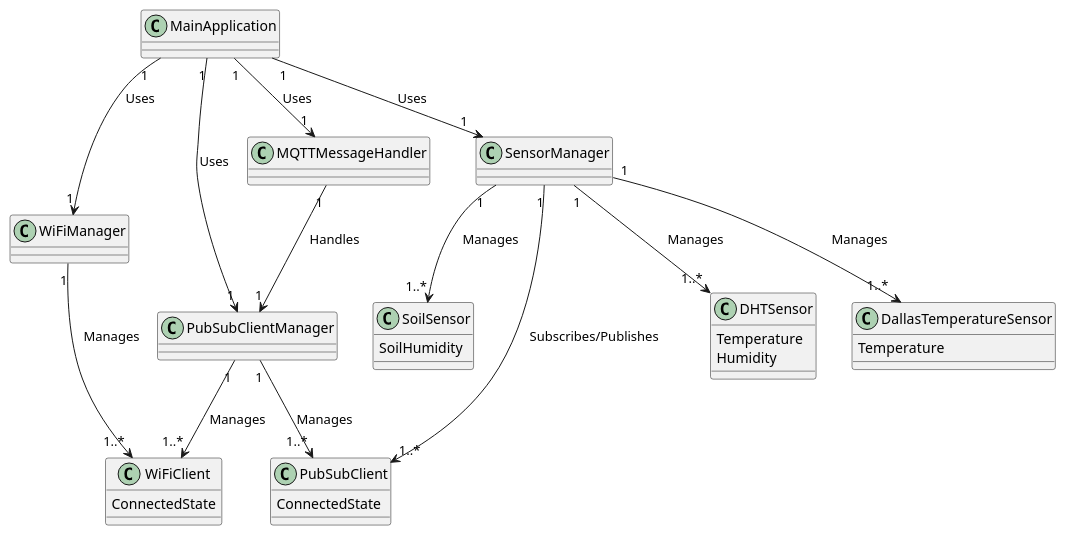
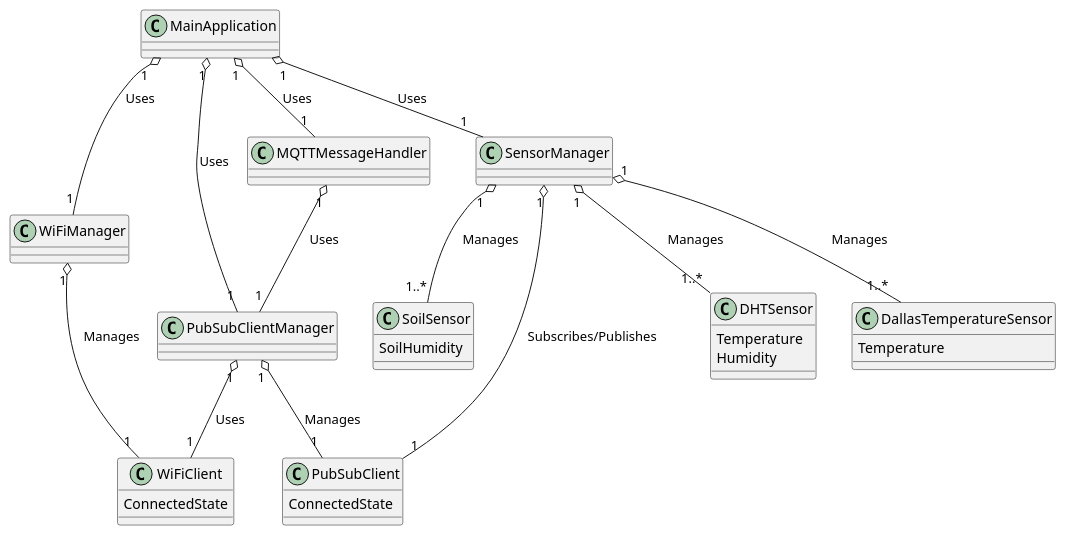
Before and after one commit to doemefu/Terra1: the diagram in documentation/DomainModelObject.puml, drawn with PlantUML.

Commit message:
Terra1 #5 Restructure Code
Final Version of DomainModelObject.puml

```diff
--- a/documentation/DomainModelObject.puml
+++ b/documentation/DomainModelObject.puml
@@ -1,52 +1,52 @@
 @startuml
 
 class WiFiManager {
 }
 
 class PubSubClientManager {
 }
 
 class SensorManager {
 }
 
 class MQTTMessageHandler {
 }
 
 class MainApplication {
 }
 
 class WiFiClient {
     ConnectedState
 }
 
 class PubSubClient {
     ConnectedState
 }
 
 class DHTSensor {
     Temperature
     Humidity
 }
 
 class DallasTemperatureSensor {
     Temperature
 }
 
 class SoilSensor {
     SoilHumidity
 }
 
-WiFiManager "1" --> "1..*" WiFiClient : Manages
-PubSubClientManager "1" --> "1..*" WiFiClient : Manages
-PubSubClientManager "1" --> "1..*" PubSubClient : Manages
-SensorManager "1" --> "1..*" DHTSensor : Manages
-SensorManager "1" --> "1..*" DallasTemperatureSensor : Manages
-SensorManager "1" --> "1..*" SoilSensor : Manages
-SensorManager "1" --> "1..*" PubSubClient : Subscribes/Publishes
-MQTTMessageHandler "1" --> "1" PubSubClientManager : Handles
-MainApplication "1" --> "1" WiFiManager : Uses
-MainApplication "1" --> "1" PubSubClientManager : Uses
-MainApplication "1" --> "1" SensorManager : Uses
-MainApplication "1" --> "1" MQTTMessageHandler : Uses
+WiFiManager "1" o-- "1" WiFiClient : Manages
+PubSubClientManager "1" o-- "1" WiFiClient : Uses
+PubSubClientManager "1" o-- "1" PubSubClient : Manages
+SensorManager "1" o-- "1..*" DHTSensor : Manages
+SensorManager "1" o-- "1..*" DallasTemperatureSensor : Manages
+SensorManager "1" o-- "1..*" SoilSensor : Manages
+SensorManager "1" o-- "1" PubSubClient : Subscribes/Publishes
+MQTTMessageHandler "1" o-- "1" PubSubClientManager : Uses
+MainApplication "1" o-- "1" WiFiManager : Uses
+MainApplication "1" o-- "1" PubSubClientManager : Uses
+MainApplication "1" o-- "1" SensorManager : Uses
+MainApplication "1" o-- "1" MQTTMessageHandler : Uses
 
 @enduml
```
